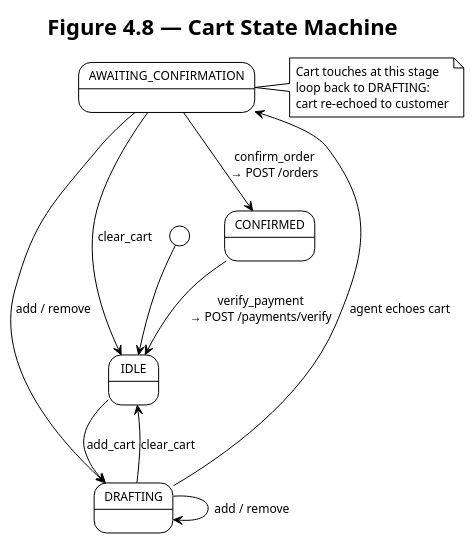
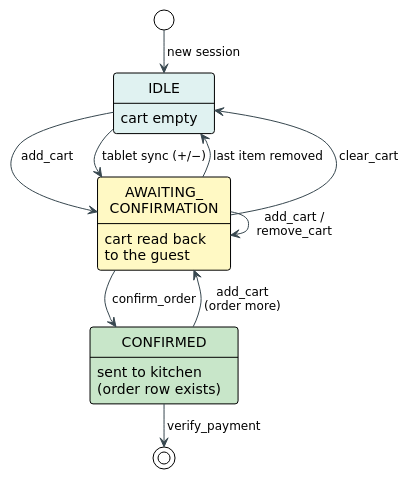
Before and after one commit to ThinhQuocLe007/AIWaiter: the tenth of 17 diagrams in docs/thesis/diagram.md, drawn with PlantUML. The commit also changed other lines of this file and 45 other files, not shown here.

````diff
--- a/docs/thesis/diagram.md
+++ b/docs/thesis/diagram.md
@@ -1079,27 +877,36 @@
 ```plantuml
 @startuml
+' ── print profile (see "Rendering" at the top of this file) ──
 !theme plain
 skinparam backgroundColor #FFFFFF
-skinparam defaultFontSize 12
+skinparam defaultFontName "DejaVu Sans"
+skinparam defaultFontSize 14
+skinparam shadowing false
+skinparam nodesep 18
+skinparam ranksep 24
+skinparam padding 2
+skinparam roundCorner 6
+skinparam ArrowColor #37474F
+skinparam ArrowFontSize 12
+skinparam NoteBackgroundColor #FFFDE7
+skinparam NoteFontSize 11
 
-title Figure 4.8 — Cart State Machine
+state "IDLE" as IDLE #E0F2F1 : cart empty
+state "AWAITING_\nCONFIRMATION" as AWAIT #FFF9C4 : cart read back\nto the guest
+state "CONFIRMED" as CONF #C8E6C9 : sent to kitchen\n(order row exists)
 
-[*] --> IDLE
+[*] --> IDLE : new session
 
-IDLE --> DRAFTING : add_cart
-DRAFTING --> DRAFTING : add / remove
-DRAFTING --> AWAITING_CONFIRMATION : agent echoes cart
-AWAITING_CONFIRMATION --> DRAFTING : add / remove
-AWAITING_CONFIRMATION --> CONFIRMED : confirm_order\n→ POST /orders
-CONFIRMED --> IDLE : verify_payment\n→ POST /payments/verify
-DRAFTING --> IDLE : clear_cart
-AWAITING_CONFIRMATION --> IDLE : clear_cart
+IDLE --> AWAIT : add_cart
+IDLE --> AWAIT : tablet sync (+/−)
 
-note right of AWAITING_CONFIRMATION
-  Cart touches at this stage
-  loop back to DRAFTING:
-  cart re-echoed to customer
-end note
+AWAIT --> AWAIT : add_cart /\nremove_cart
+AWAIT --> IDLE : last item removed
+AWAIT --> IDLE : clear_cart
+AWAIT --> CONF : confirm_order
+
+CONF --> AWAIT : add_cart\n(order more)
+CONF --> [*]   : verify_payment
 
 @enduml
 ```
````
